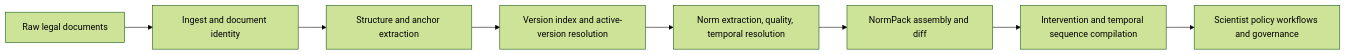
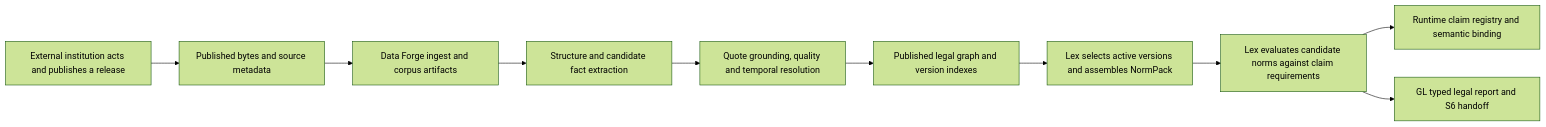
One commit to DenisKopylov/polisyos changed the diagram in policy-engine/docs/explanation/lex-pipeline.md. Above: the diagram before and after it, drawn with Mermaid (forest theme). The commit also changed other lines of this file and 86 other files, not shown here.

````diff
--- a/policy-engine/docs/explanation/lex-pipeline.md
+++ b/policy-engine/docs/explanation/lex-pipeline.md
@@ -14,10 +16,12 @@
 ```mermaid
 flowchart LR
-    Source["Raw legal documents"] --> Ingest["Ingest and document identity"]
-    Ingest --> Structure["Structure and anchor extraction"]
-    Structure --> Version["Version index and active-version resolution"]
-    Version --> Norms["Norm extraction, quality, temporal resolution"]
-    Norms --> Pack["NormPack assembly and diff"]
-    Pack --> Interventions["Intervention and temporal sequence compilation"]
-    Interventions --> Scientist["Scientist policy workflows and governance"]
+    Act["External institution acts and publishes a release"] --> Bytes["Published bytes and source metadata"]
+    Bytes --> Ingest["Data Forge ingest and corpus artifacts"]
+    Ingest --> Candidate["Structure and candidate fact extraction"]
+    Candidate --> Ground["Quote grounding, quality and temporal resolution"]
+    Ground --> Index["Published legal graph and version indexes"]
+    Index --> Pack["Lex selects active versions and assembles NormPack"]
+    Pack --> Assessment["Lex evaluates candidate norms against claim requirements"]
+    Assessment --> Consumer["Runtime claim registry and semantic binding"]
+    Assessment --> GL["GL typed legal report and S6 handoff"]
 ```
````
